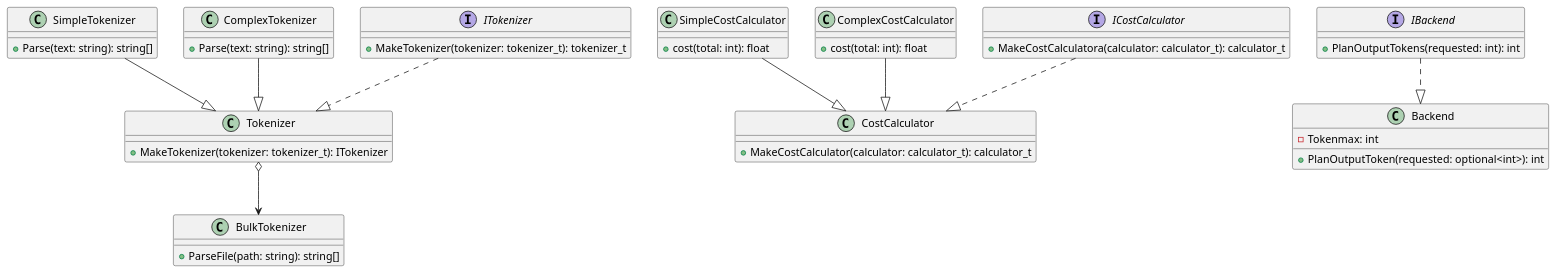
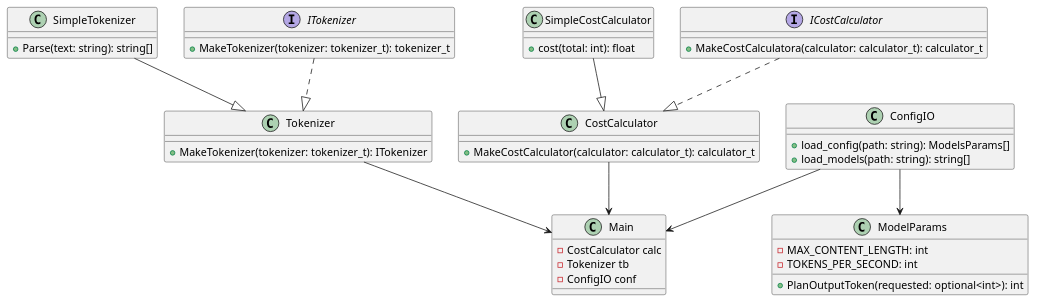
One commit to TeejMcSteez/ITCS3112FinalProject changed the diagram in uml/diag.puml. Above: the diagram before and after it, drawn with PlantUML. The commit also changed 1 other file, not shown here.

Commit message:
Basic update to UML still figuring out proper patterns

```diff
--- a/uml/diag.puml
+++ b/uml/diag.puml
@@ -1,60 +1,57 @@
 @startuml AI Token Analyzer 
 
 class SimpleTokenizer {
-    +Parse(text: string): string[]
-}
-
-class ComplexTokenizer {
     +Parse(text: string): string[]
 }
 
 interface ITokenizer {
     +MakeTokenizer(tokenizer: tokenizer_t): tokenizer_t
 }
 
 class Tokenizer {
     +MakeTokenizer(tokenizer: tokenizer_t): ITokenizer
 }
 
-class BulkTokenizer {
-    +ParseFile(path: string): string[]
-}
-
 class SimpleCostCalculator {
-    +cost(total: int): float
-}
-
-class ComplexCostCalculator {
     +cost(total: int): float
 }
 
 interface ICostCalculator {
     +MakeCostCalculatora(calculator: calculator_t): calculator_t
 }
 
 class CostCalculator {
     +MakeCostCalculator(calculator: calculator_t): calculator_t
 }
 
-interface IBackend {
-    +PlanOutputTokens(requested: int): int
+class ModelParams {
+    -MAX_CONTENT_LENGTH: int
+    -TOKENS_PER_SECOND: int
+    +PlanOutputToken(requested: optional<int>): int
 }
 
-class Backend {
-    -Tokenmax: int
-    +PlanOutputToken(requested: optional<int>): int
+class ConfigIO {
+    +load_config(path: string): ModelsParams[]
+    +load_models(path: string): string[]
+}
+
+class Main {
+    -CostCalculator calc
+    -Tokenizer tb
+    -ConfigIO conf
 }
 
 ' Relationship's
 ' Tokenizer Relationships
 SimpleTokenizer --|> Tokenizer
-ComplexTokenizer --|> Tokenizer
 ITokenizer ..|> Tokenizer
-Tokenizer o--> BulkTokenizer
 ' Cost Algo. Relationships
 SimpleCostCalculator --|> CostCalculator
-ComplexCostCalculator --|> CostCalculator
 ICostCalculator ..|> CostCalculator
-' Backend Relationships
-IBackend ..|> Backend
+' Model/Config Relationships
+ConfigIO --> ModelParams
+' Main relationships
+CostCalculator --> Main
+Tokenizer --> Main
+ConfigIO --> Main
 @enduml
```
